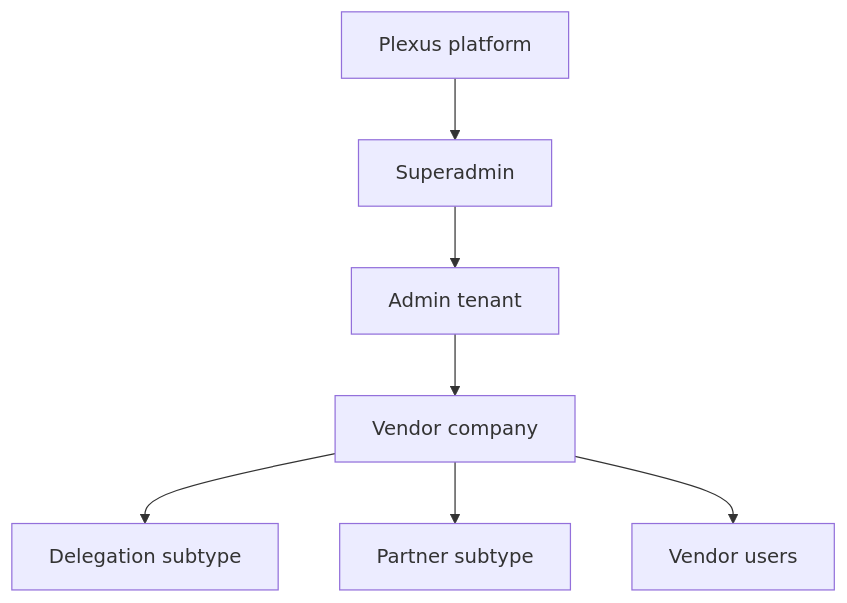
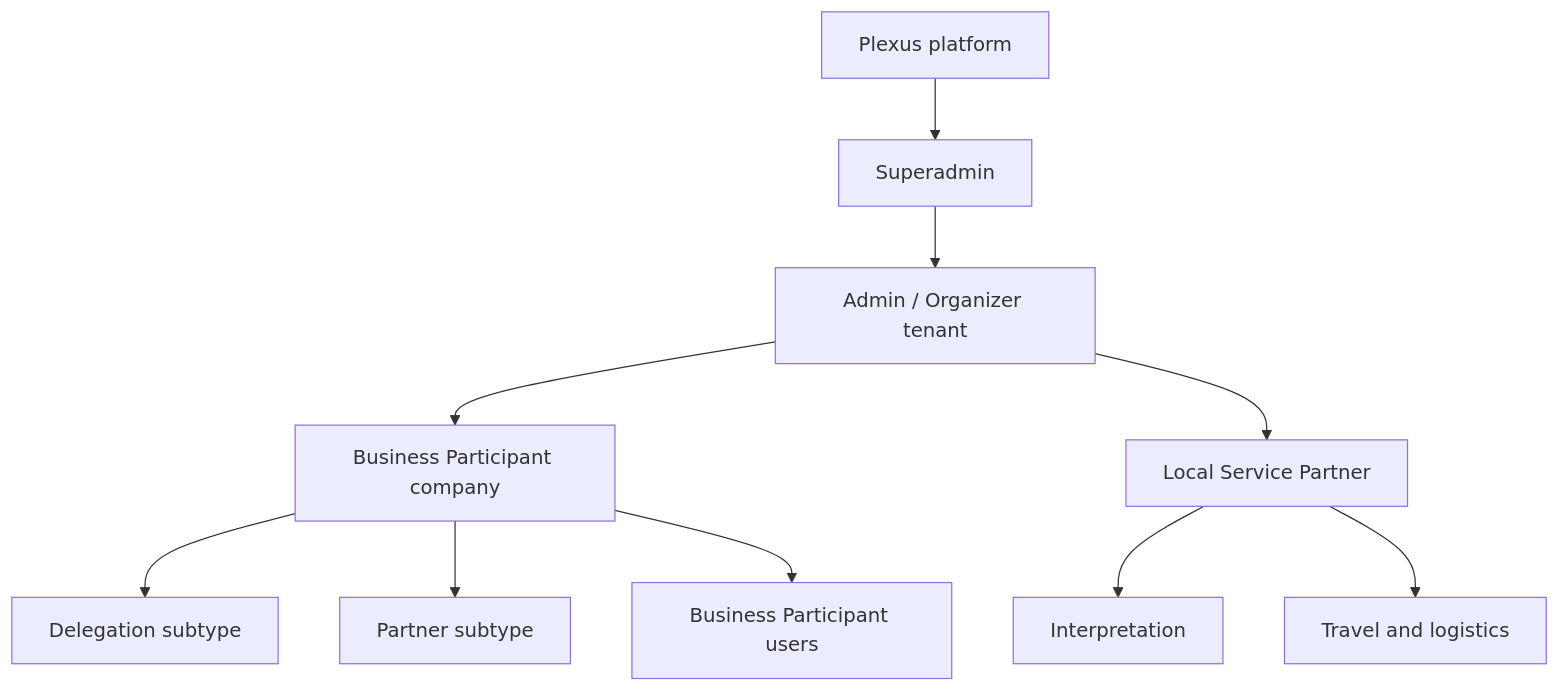
Before and after one commit to AGA-Ventures/plexus: the diagram in docs/product/vision-and-scope.md, drawn with Mermaid. The commit also changed other lines of this file and 154 other files, not shown here.

````diff
--- a/docs/product/vision-and-scope.md
+++ b/docs/product/vision-and-scope.md
@@ -20,9 +20,12 @@
 ```mermaid
 flowchart TD
     P["Plexus platform"] --> S["Superadmin"]
-    S --> A["Admin tenant"]
-    A --> V["Vendor company"]
-    V --> D["Delegation subtype"]
-    V --> R["Partner subtype"]
-    V --> U["Vendor users"]
+    S --> A["Admin / Organizer tenant"]
+    A --> B["Business Participant company"]
+    B --> D["Delegation subtype"]
+    B --> R["Partner subtype"]
+    B --> U["Business Participant users"]
+    A --> L["Local Service Partner"]
+    L --> I["Interpretation"]
+    L --> T["Travel and logistics"]
 ```
````
